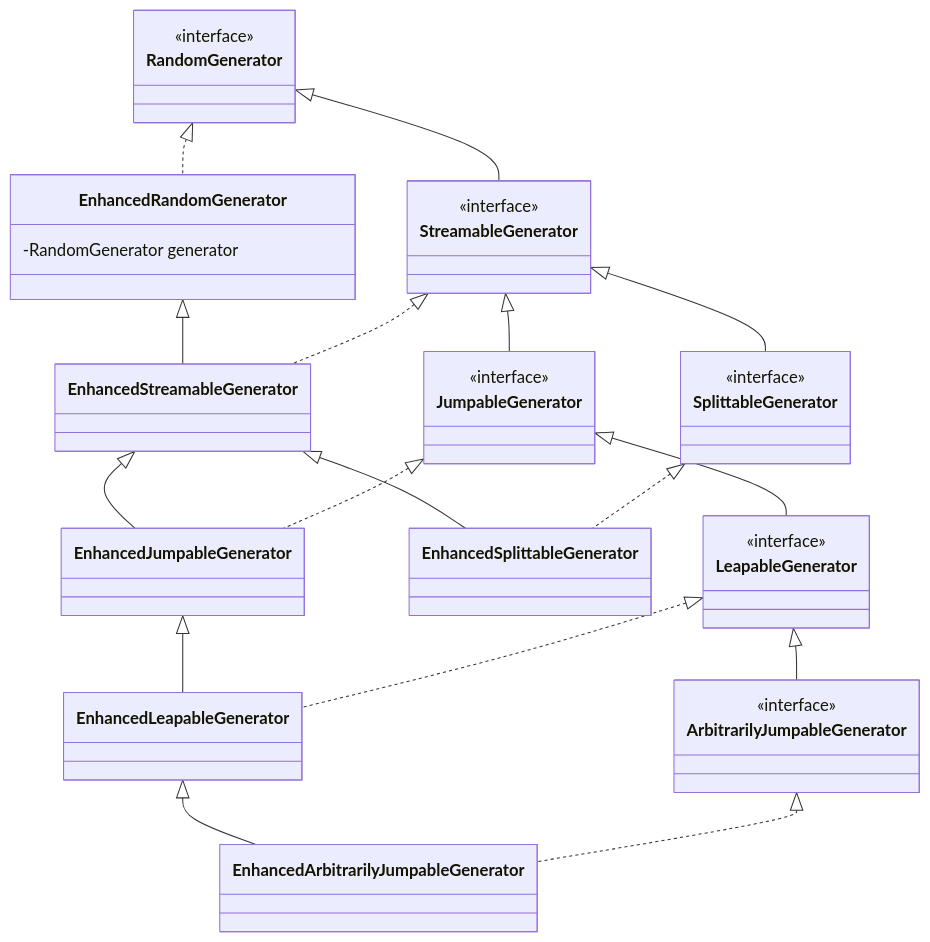
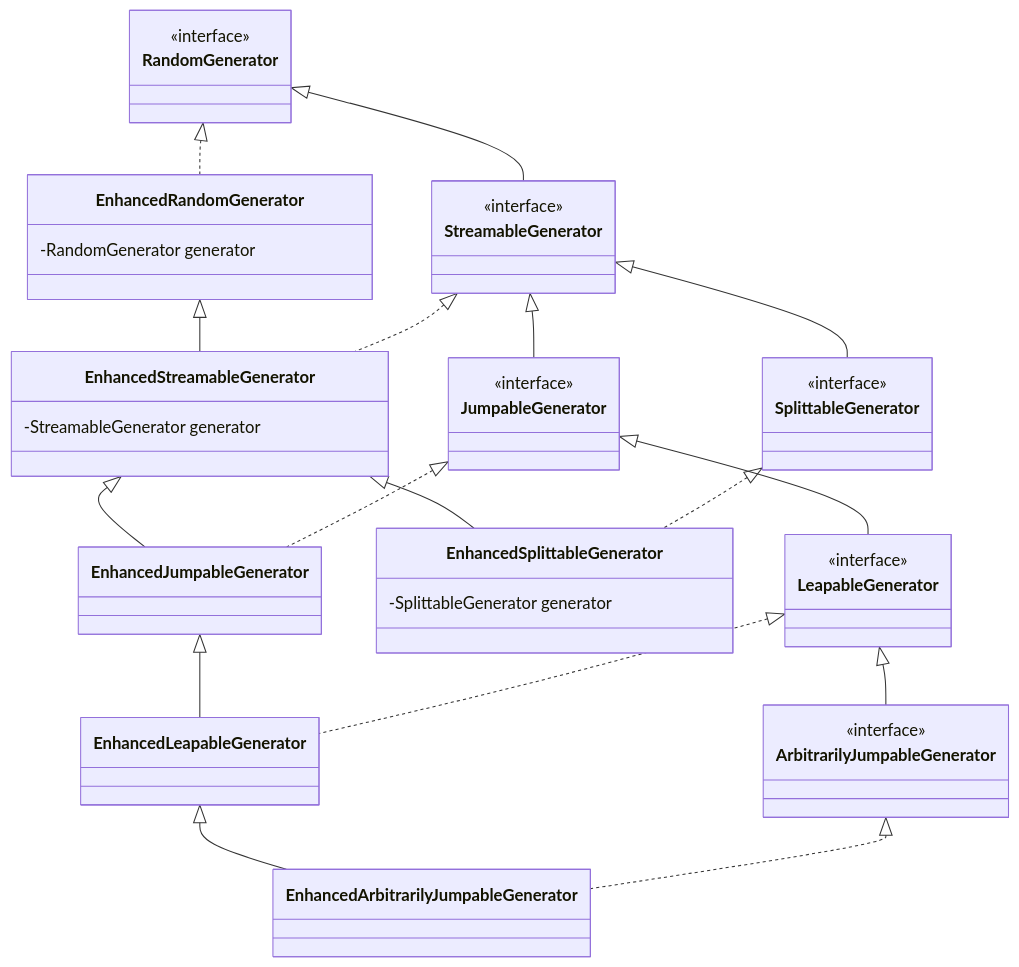
The diagram in README.md (cicirello/rho-mu), drawn with Mermaid before and after one commit.

````diff
--- a/README.md
+++ b/README.md
@@ -42,38 +42,40 @@
 ```mermaid
 classDiagram
   class RandomGenerator
   <<interface>> RandomGenerator
   class StreamableGenerator
   <<interface>> StreamableGenerator
   RandomGenerator <|-- StreamableGenerator
   class SplittableGenerator
   <<interface>> SplittableGenerator
   StreamableGenerator <|-- SplittableGenerator
   class JumpableGenerator
   <<interface>> JumpableGenerator
   StreamableGenerator <|-- JumpableGenerator
   class LeapableGenerator
   <<interface>> LeapableGenerator
   JumpableGenerator <|-- LeapableGenerator
   class ArbitrarilyJumpableGenerator
   <<interface>> ArbitrarilyJumpableGenerator
   LeapableGenerator <|-- ArbitrarilyJumpableGenerator
   class EnhancedRandomGenerator
   RandomGenerator <|.. EnhancedRandomGenerator
   EnhancedRandomGenerator : -RandomGenerator generator
   class EnhancedStreamableGenerator
   EnhancedRandomGenerator <|-- EnhancedStreamableGenerator
   StreamableGenerator <|.. EnhancedStreamableGenerator
+  EnhancedStreamableGenerator : -StreamableGenerator generator
   class EnhancedSplittableGenerator
   EnhancedStreamableGenerator <|-- EnhancedSplittableGenerator
   SplittableGenerator <|.. EnhancedSplittableGenerator
+  EnhancedSplittableGenerator : -SplittableGenerator generator
   class EnhancedJumpableGenerator
   EnhancedStreamableGenerator <|-- EnhancedJumpableGenerator
   JumpableGenerator <|.. EnhancedJumpableGenerator
   class EnhancedLeapableGenerator
   EnhancedJumpableGenerator <|-- EnhancedLeapableGenerator
   LeapableGenerator <|.. EnhancedLeapableGenerator
   class EnhancedArbitrarilyJumpableGenerator
   EnhancedLeapableGenerator <|-- EnhancedArbitrarilyJumpableGenerator
   ArbitrarilyJumpableGenerator <|.. EnhancedArbitrarilyJumpableGenerator
 ```
````
